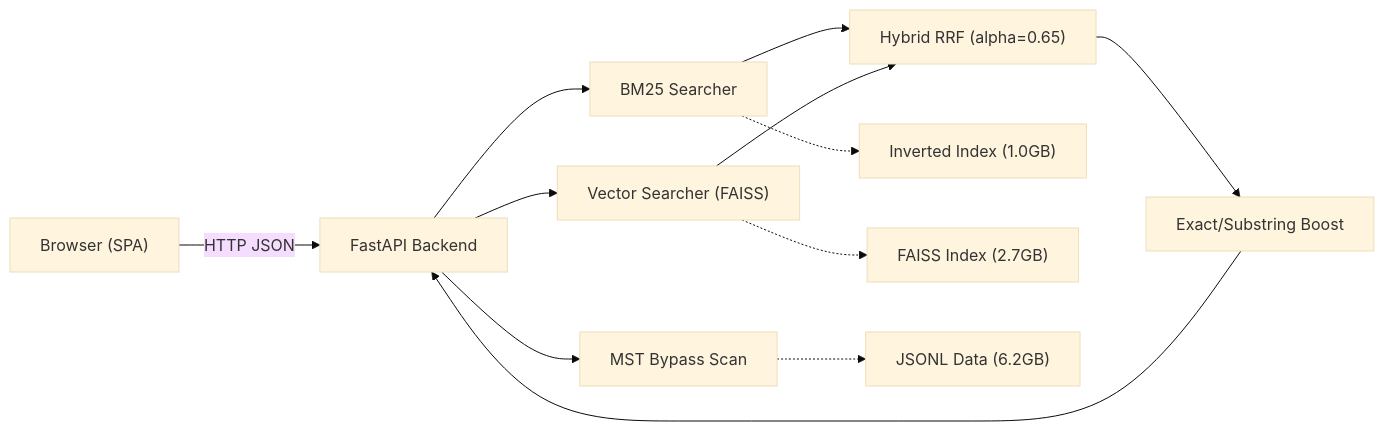
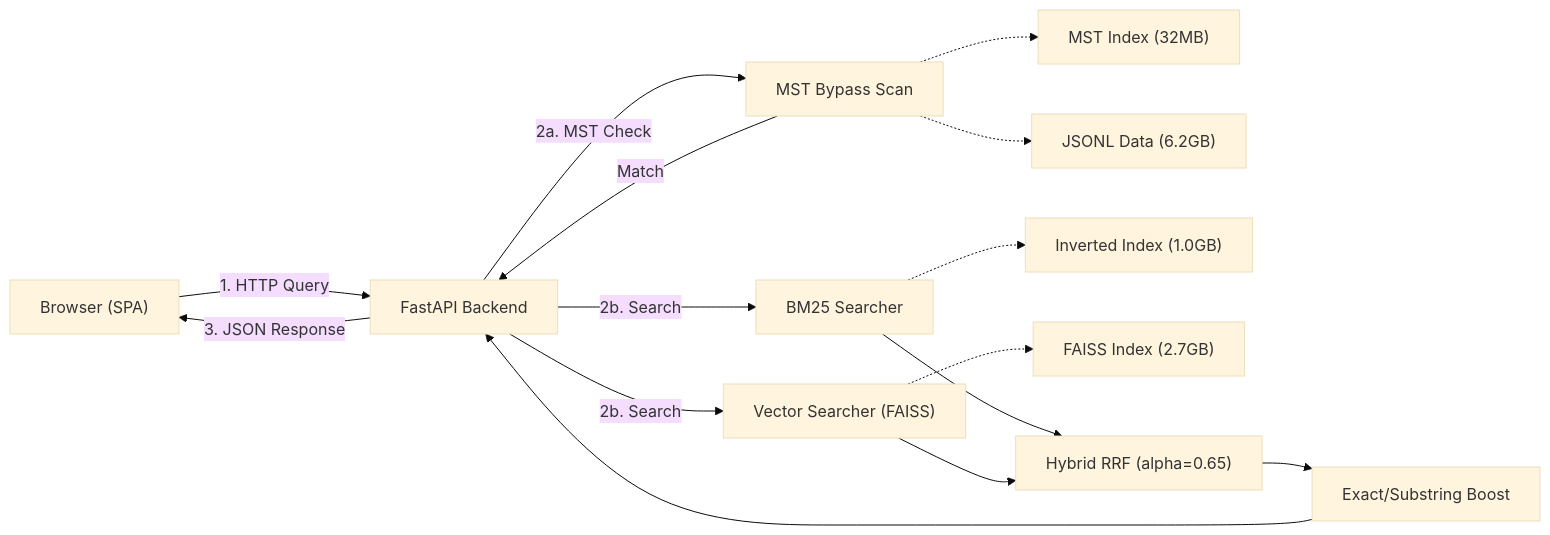
One commit to SEG301/OverFitting changed the first of 3 diagrams in docs/Milestone3_Report.md. Above: the diagram before and after it, drawn with Mermaid (base theme). The commit also changed other lines of this file, not shown here.

Commit message:
docs: update Milestone 3 architecture diagrams and boost parameters to match code

````diff
--- a/docs/Milestone3_Report.md
+++ b/docs/Milestone3_Report.md
@@ -48,18 +48,23 @@
 ```mermaid
 graph LR
-    USER["Browser (SPA)"] -->|HTTP JSON| API["FastAPI Backend"]
+    USER["Browser (SPA)"] -->|1. HTTP Query| API["FastAPI Backend"]
 
-    API --> BM25["BM25 Searcher"]
-    API --> VEC["Vector Searcher (FAISS)"]
-    API --> MST["MST Bypass Scan"]
+    API -->|2a. MST Check| MST["MST Bypass Scan"]
+    MST -.-> MIDX["MST Index (32MB)"]
+    MST -.-> JSONL["JSONL Data (6.2GB)"]
+    MST -->|Match| API
+
+    API -->|2b. Search| BM25["BM25 Searcher"]
+    API -->|2b. Search| VEC["Vector Searcher (FAISS)"]
+    
+    BM25 -.-> IDX["Inverted Index (1.0GB)"]
+    VEC -.-> FAISS["FAISS Index (2.7GB)"]
 
     BM25 --> RRF["Hybrid RRF (alpha=0.65)"]
     VEC --> RRF
 
     RRF --> BOOST["Exact/Substring Boost"]
     BOOST --> API
 
-    BM25 -.-> IDX["Inverted Index (1.0GB)"]
-    VEC -.-> FAISS["FAISS Index (2.7GB)"]
-    MST -.-> JSONL["JSONL Data (6.2GB)"]
+    API -->|3. JSON Response| USER
 ```
````
